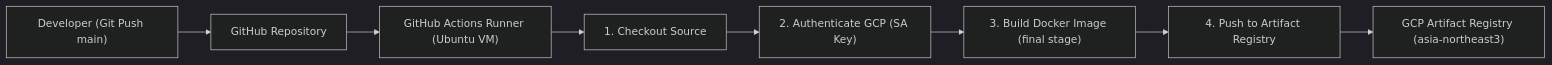
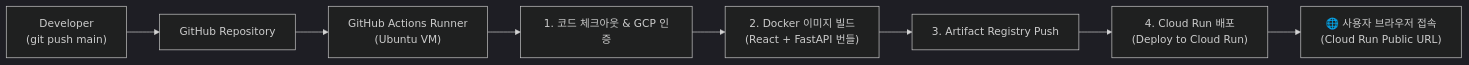
One commit to cstpeace0191/speckit-fastapi-claude changed the first of 2 diagrams in GitHubActions.md. Above: the diagram before and after it, drawn with Mermaid (dark theme). The commit also changed other lines of this file and 2 other files, not shown here.

````diff
--- a/GitHubActions.md
+++ b/GitHubActions.md
@@ -22,10 +24,10 @@
 ```mermaid
 flowchart LR
-    A["Developer (Git Push main)"] --> B["GitHub Repository"]
-    B --> C["GitHub Actions Runner (Ubuntu VM)"]
-    C --> D["1. Checkout Source"]
-    D --> E["2. Authenticate GCP (SA Key)"]
-    E --> F["3. Build Docker Image (final stage)"]
-    F --> G["4. Push to Artifact Registry"]
-    G --> H["GCP Artifact Registry (asia-northeast3)"]
+    A["Developer<br>(git push main)"] --> B["GitHub Repository"]
+    B --> C["GitHub Actions Runner<br>(Ubuntu VM)"]
+    C --> D["1. 코드 체크아웃 & GCP 인증"]
+    D --> E["2. Docker 이미지 빌드<br>(React + FastAPI 번들)"]
+    E --> F["3. Artifact Registry Push"]
+    F --> G["4. Cloud Run 배포<br>(Deploy to Cloud Run)"]
+    G --> H["🌐 사용자 브라우저 접속<br>(Cloud Run Public URL)"]
 ```
````
